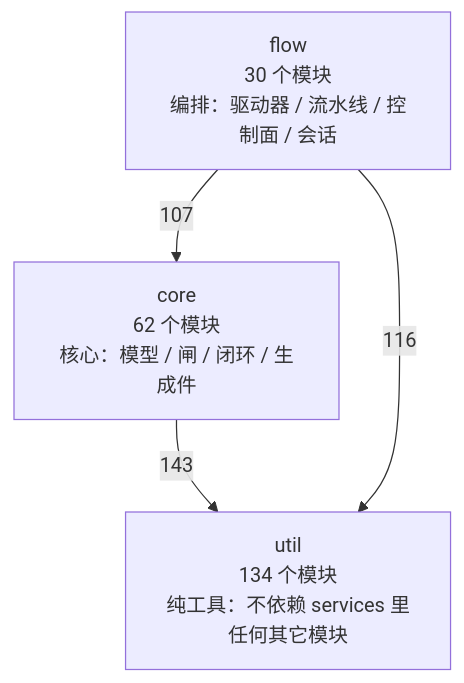
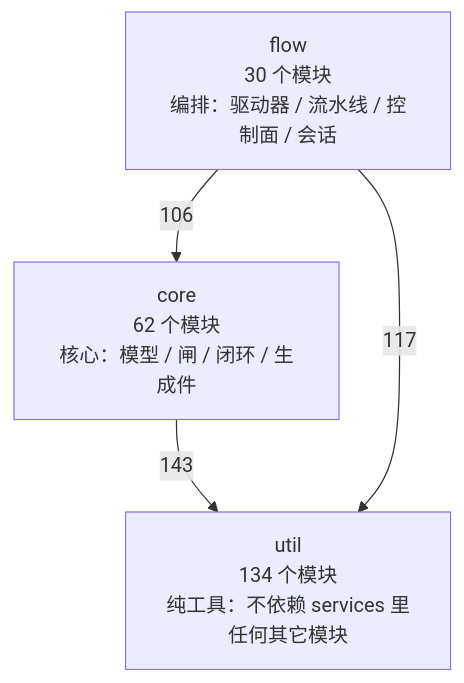
Before and after one commit to 2686521696/WhyBuddy: the first of 4 diagrams in docs/SlideRule V6.2 架构图（自动生成）.md, drawn with Mermaid. The commit also changed other lines of this file and 13 other files, not shown here.

First line of the commit message:
fix(architecture): validate complete dependency graphs and regenerate docs

````diff
--- a/docs/SlideRule V6.2 架构图（自动生成）.md
+++ b/docs/SlideRule V6.2 架构图（自动生成）.md
@@ -48,9 +50,9 @@
 ```mermaid
 flowchart TB
   util["util<br/>134 个模块<br/>纯工具：不依赖 services 里任何其它模块"]
   core["core<br/>62 个模块<br/>核心：模型 / 闸 / 闭环 / 生成件"]
   flow["flow<br/>30 个模块<br/>编排：驱动器 / 流水线 / 控制面 / 会话"]
   core -->|143| util
-  flow -->|107| core
-  flow -->|116| util
+  flow -->|106| core
+  flow -->|117| util
 ```
````
